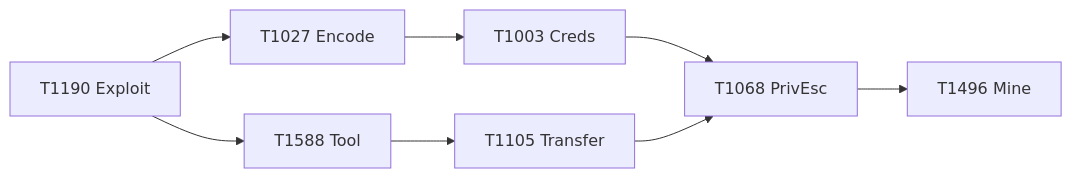
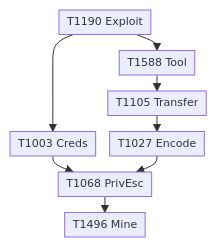
Before and after one commit to c2dc/sticks: the second of 3 diagrams in presentation/slides.md, drawn with Mermaid. The commit also changed other lines of this file and 3 other files, not shown here.

````diff
--- a/presentation/slides.md
+++ b/presentation/slides.md
@@ -1075,10 +1048,11 @@
 ```mermaid
-flowchart LR
-  A["T1190 Exploit"] --> B["T1027 Encode"]
-  A --> F["T1588 Tool"]
-  B --> C["T1003 Creds"]
+%%{init: {"flowchart": {"nodeSpacing": 14, "rankSpacing": 16, "padding": 4}, "themeVariables": {"fontSize": "11px"}}}%%
+flowchart TB
+  A["T1190 Exploit"] --> F["T1588 Tool"]
+  A --> C["T1003 Creds"]
   F --> G["T1105 Transfer"]
+  G --> B["T1027 Encode"]
   C --> D["T1068 PrivEsc"]
-  G --> D
+  B --> D
   D --> E["T1496 Mine"]
 ```
````
